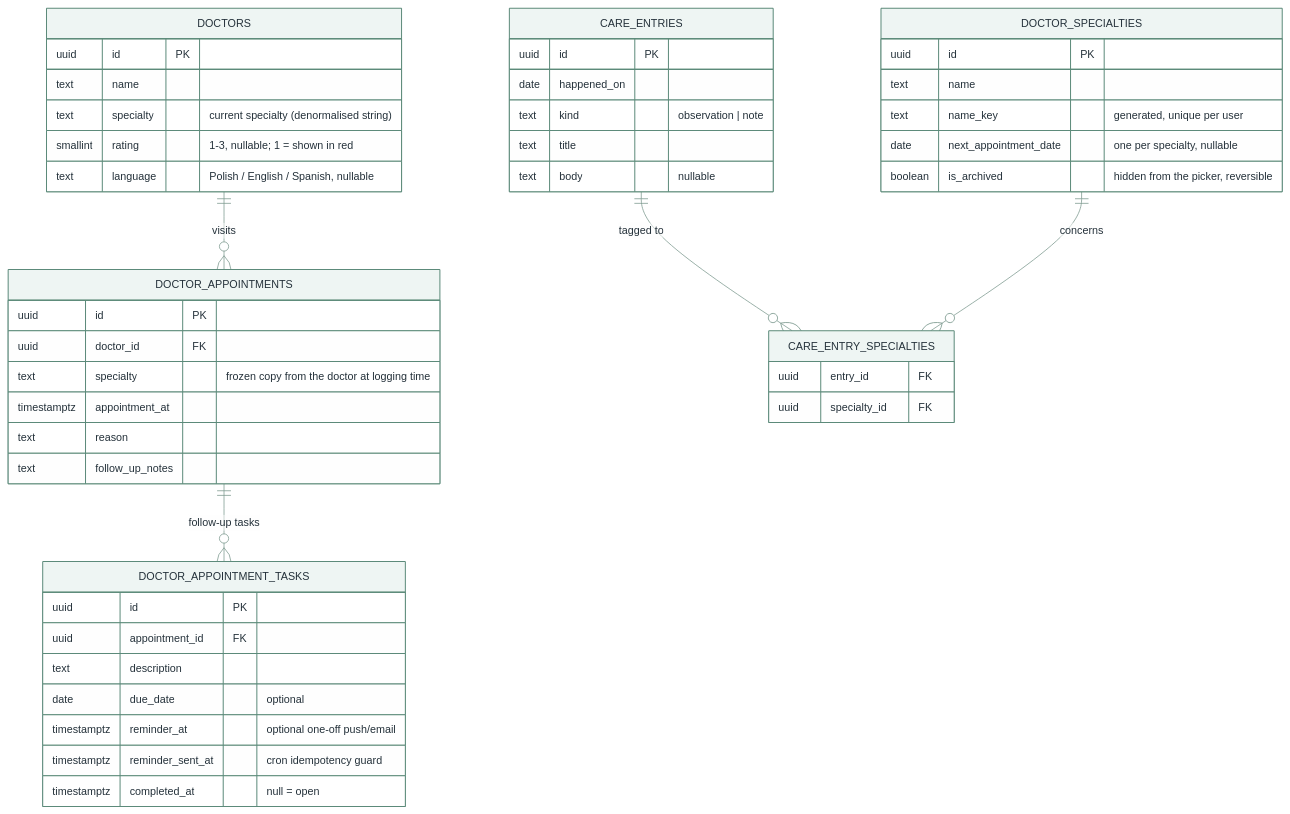
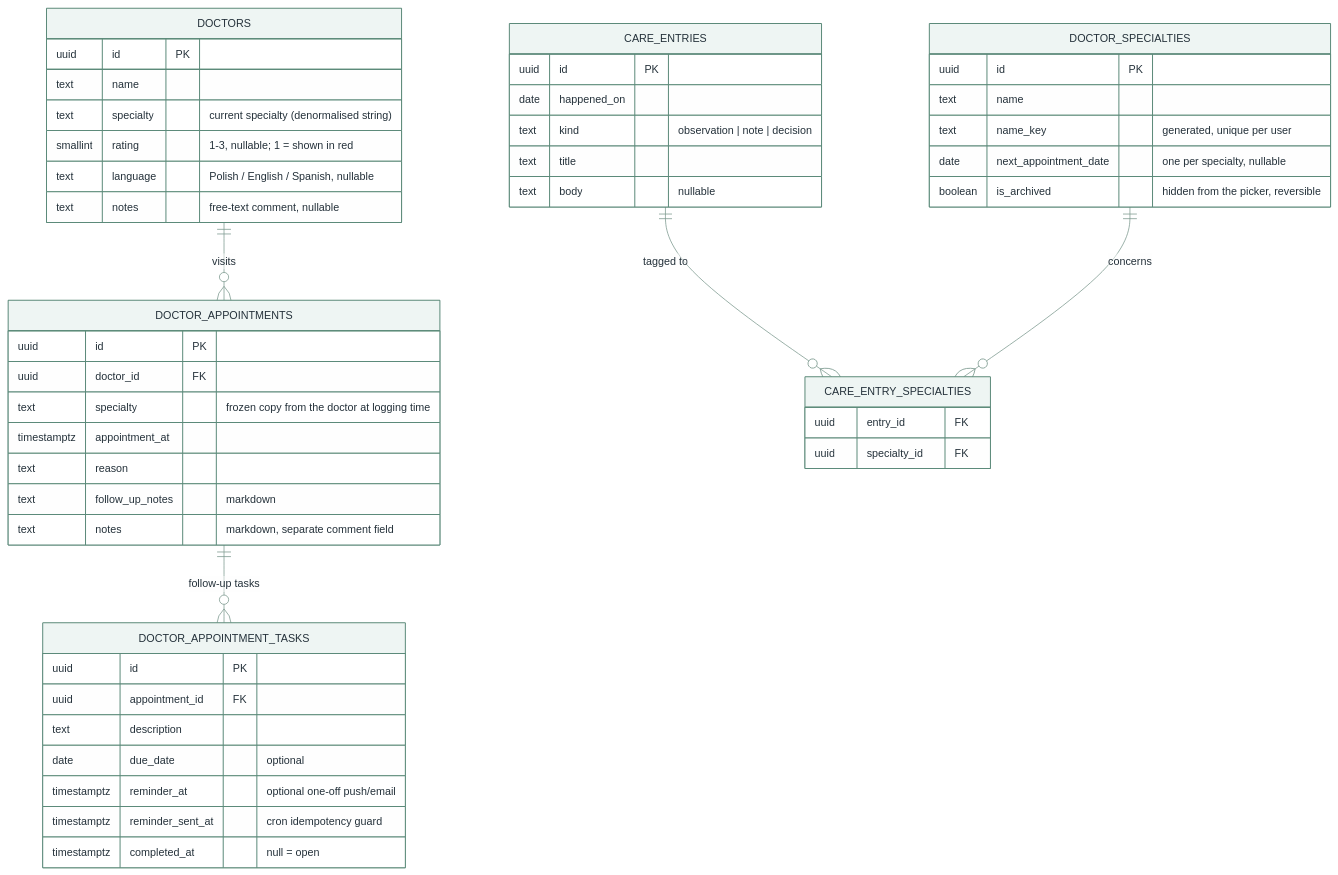
The fifth of 6 diagrams in docs/data-model.md (xxvazquez/health-management), drawn with Mermaid before and after one commit. The commit also changed other lines of this file and 11 other files, not shown here.

First line of the commit message:
Add doctor and appointment notes, group Visits entries by kind

````diff
--- a/docs/data-model.md
+++ b/docs/data-model.md
@@ -279,55 +279,57 @@
 ```mermaid
 %%{init: {"theme": "base", "themeVariables": {
   "primaryColor": "#eef5f3", "primaryBorderColor": "#5c8a7a",
   "primaryTextColor": "#24313a", "lineColor": "#7d9a90",
   "fontFamily": "Inter, -apple-system, sans-serif", "fontSize": "14px"
 }}}%%
 erDiagram
     DOCTORS ||--o{ DOCTOR_APPOINTMENTS : "visits"
     DOCTOR_APPOINTMENTS ||--o{ DOCTOR_APPOINTMENT_TASKS : "follow-up tasks"
     CARE_ENTRIES ||--o{ CARE_ENTRY_SPECIALTIES : "tagged to"
     DOCTOR_SPECIALTIES ||--o{ CARE_ENTRY_SPECIALTIES : "concerns"
 
     DOCTOR_SPECIALTIES {
         uuid id PK
         text name
         text name_key "generated, unique per user"
         date next_appointment_date "one per specialty, nullable"
         boolean is_archived "hidden from the picker, reversible"
     }
     CARE_ENTRIES {
         uuid id PK
         date happened_on
-        text kind "observation | note"
+        text kind "observation | note | decision"
         text title
         text body "nullable"
     }
     CARE_ENTRY_SPECIALTIES {
         uuid entry_id FK
         uuid specialty_id FK
     }
     DOCTORS {
         uuid id PK
         text name
         text specialty "current specialty (denormalised string)"
         smallint rating "1-3, nullable; 1 = shown in red"
         text language "Polish / English / Spanish, nullable"
+        text notes "free-text comment, nullable"
     }
     DOCTOR_APPOINTMENTS {
         uuid id PK
         uuid doctor_id FK
         text specialty "frozen copy from the doctor at logging time"
         timestamptz appointment_at
         text reason
-        text follow_up_notes
+        text follow_up_notes "markdown"
+        text notes "markdown, separate comment field"
     }
     DOCTOR_APPOINTMENT_TASKS {
         uuid id PK
         uuid appointment_id FK
         text description
         date due_date "optional"
         timestamptz reminder_at "optional one-off push/email"
         timestamptz reminder_sent_at "cron idempotency guard"
         timestamptz completed_at "null = open"
     }
 ```
````
